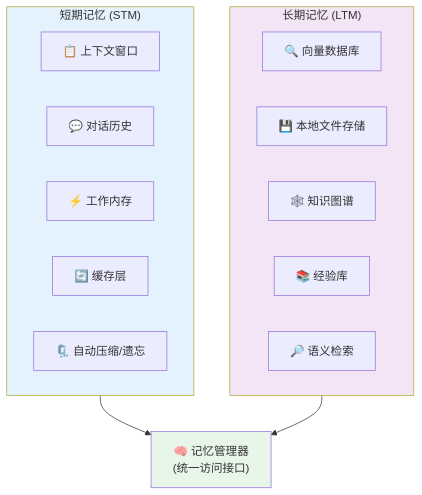
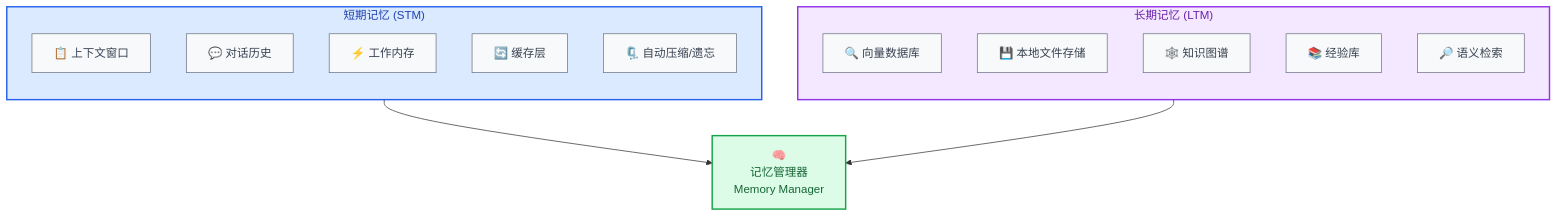
Before and after one commit to Eivs/niuma: the fourth of 6 diagrams in README.md, drawn with Mermaid. The commit also changed other lines of this file and 1 other file, not shown here.

Commit message:
refactor: Update diagrams and improve color schemes in PRD and README

````diff
--- a/README.md
+++ b/README.md
@@ -215,27 +242,36 @@
 ```mermaid
 flowchart TB
     subgraph STM["短期记忆 (STM)"]
+        direction TB
         stm1["📋 上下文窗口"]
         stm2["💬 对话历史"]
         stm3["⚡ 工作内存"]
         stm4["🔄 缓存层"]
         stm5["🗜️ 自动压缩/遗忘"]
     end
 
     subgraph LTM["长期记忆 (LTM)"]
+        direction TB
         ltm1["🔍 向量数据库"]
         ltm2["💾 本地文件存储"]
         ltm3["🕸️ 知识图谱"]
         ltm4["📚 经验库"]
         ltm5["🔎 语义检索"]
     end
 
-    MM["🧠 记忆管理器<br/>(统一访问接口)"]
+    MM["🧠<br/>记忆管理器<br/>Memory Manager"]
 
     STM --> MM
     LTM --> MM
 
-    style STM fill:#e3f2fd
-    style LTM fill:#f3e5f5
-    style MM fill:#e8f5e9
+    %% 统一的配色方案
+    classDef stmGroup fill:#dbeafe,stroke:#2563eb,stroke-width:2px,color:#1e40af
+    classDef ltmGroup fill:#f3e8ff,stroke:#9333ea,stroke-width:2px,color:#6b21a8
+    classDef manager fill:#dcfce7,stroke:#16a34a,stroke-width:2px,color:#166534
+    classDef subItem fill:#f8f9fa,stroke:#6b7280,stroke-width:1px,color:#374151
+
+    class STM stmGroup
+    class LTM ltmGroup
+    class MM manager
+    class stm1,stm2,stm3,stm4,stm5,ltm1,ltm2,ltm3,ltm4,ltm5 subItem
 ```
````
